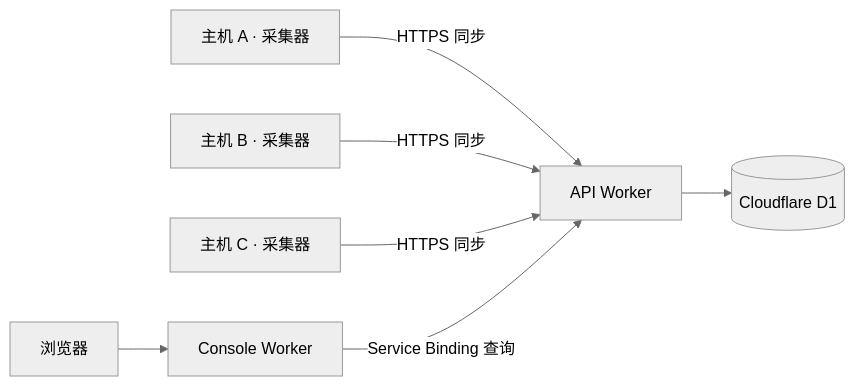
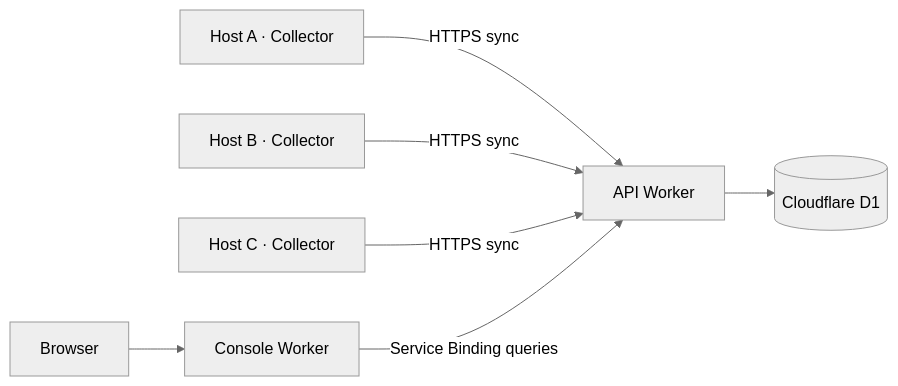
The diagram in README.md (HSwift/tokscale-serverless), drawn with Mermaid (neutral theme) before and after one commit. The commit also changed other lines of this file and 3 other files, not shown here.

````diff
--- a/README.md
+++ b/README.md
@@ -20,9 +22,9 @@
 ```mermaid
 flowchart LR
-    A[主机 A · 采集器] -->|HTTPS 同步| API[API Worker]
-    B[主机 B · 采集器] -->|HTTPS 同步| API
-    C[主机 C · 采集器] -->|HTTPS 同步| API
+    A[Host A · Collector] -->|HTTPS sync| API[API Worker]
+    B[Host B · Collector] -->|HTTPS sync| API
+    C[Host C · Collector] -->|HTTPS sync| API
     API --> DB[(Cloudflare D1)]
-    Browser[浏览器] --> Console[Console Worker]
-    Console -->|Service Binding 查询| API
+    Browser[Browser] --> Console[Console Worker]
+    Console -->|Service Binding queries| API
 ```
````
